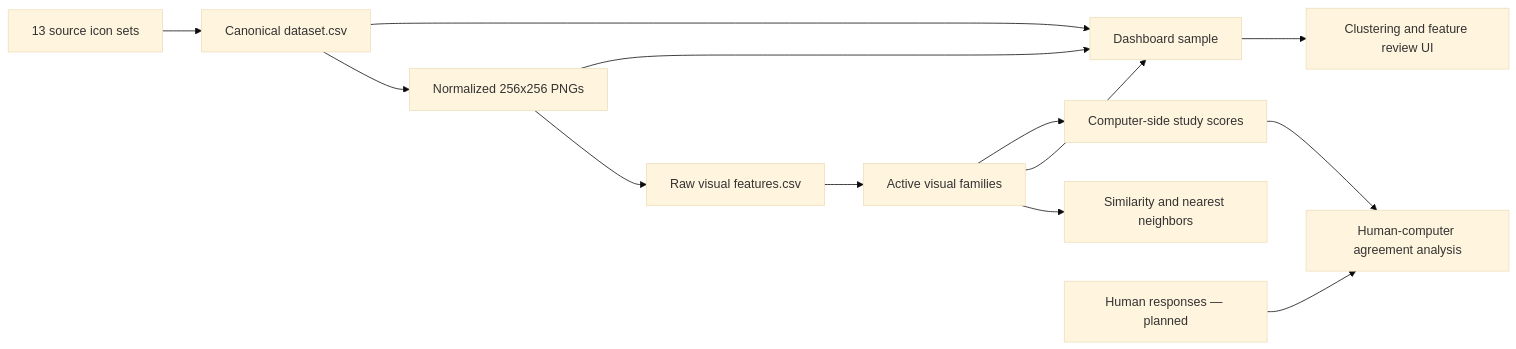
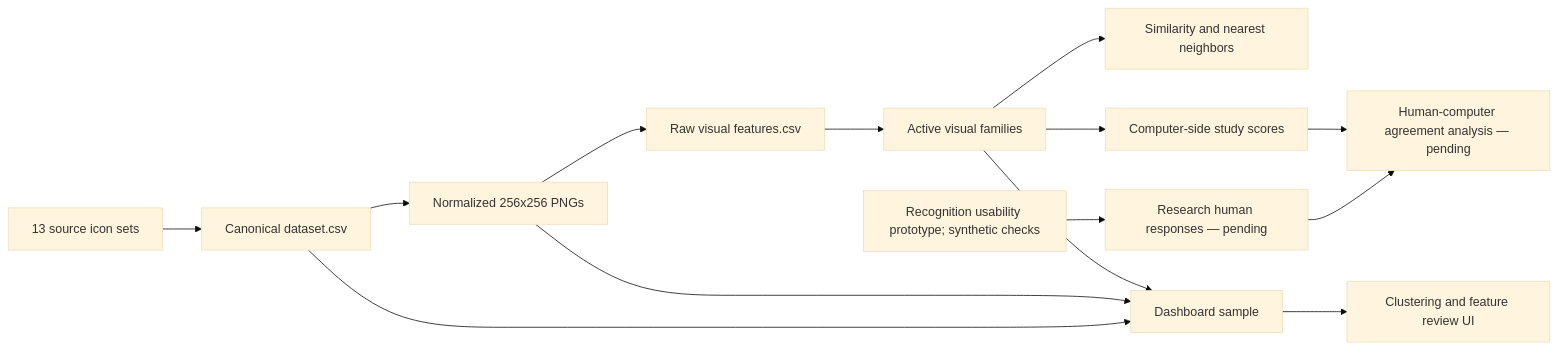
The diagram in wiki/README.md (ibtisamarif831/thesis), drawn with Mermaid (base theme) before and after one commit. The commit also changed other lines of this file and 62 other files, not shown here.

````diff
--- a/wiki/README.md
+++ b/wiki/README.md
@@ -37,15 +40,16 @@
 ```mermaid
 flowchart LR
     A["13 source icon sets"] --> B["Canonical dataset.csv"]
     B --> C["Normalized 256x256 PNGs"]
     C --> D["Raw visual features.csv"]
     D --> E["Active visual families"]
     E --> F["Similarity and nearest neighbors"]
     B --> G["Dashboard sample"]
     C --> G
     E --> G
     G --> H["Clustering and feature review UI"]
     E --> I["Computer-side study scores"]
-    J["Human responses — planned"] --> K["Human-computer agreement analysis"]
+    U["Recognition usability prototype; synthetic checks"] --> J["Research human responses — pending"]
+    J --> K["Human-computer agreement analysis — pending"]
     I --> K
 ```
````
